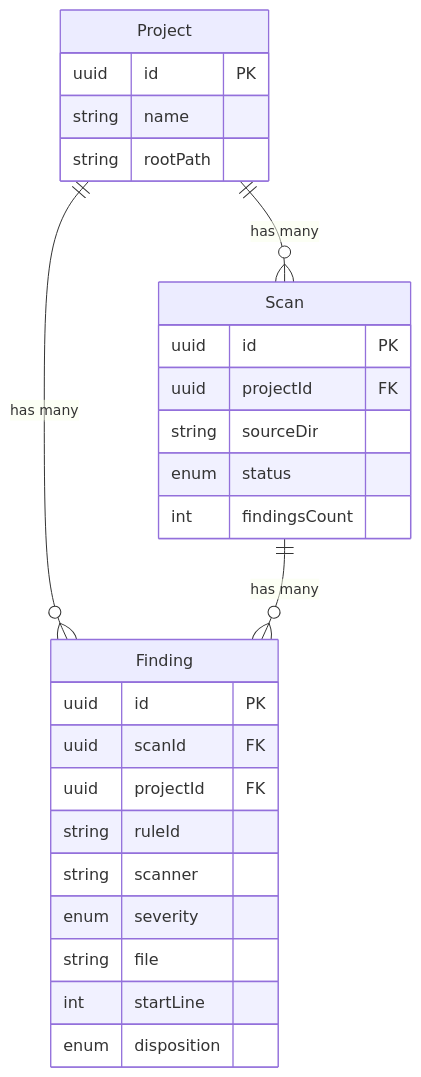
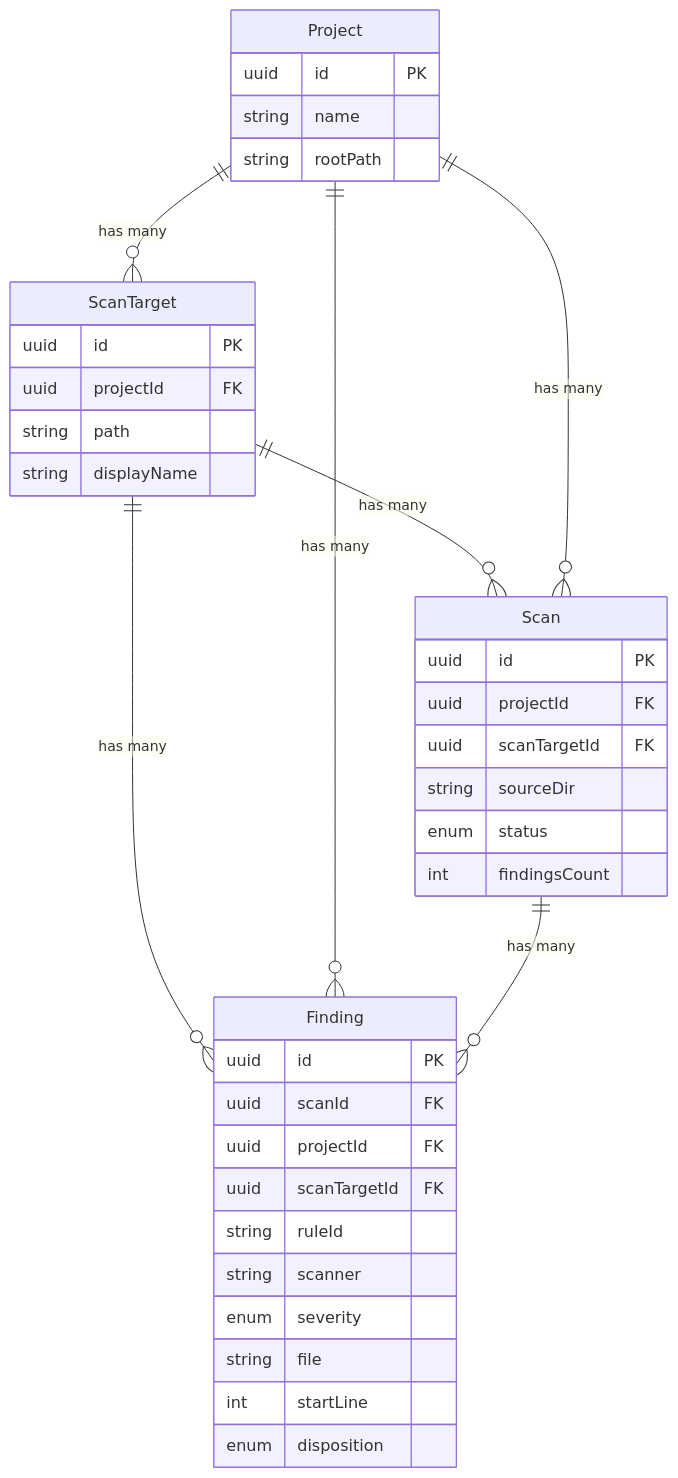
The first of 9 diagrams in workbench/docs/docs/developer-docs/architecture/software-design-specification/functional-design.md (vawsgit/automated-security-helper), drawn with Mermaid before and after one commit. The commit also changed other lines of this file and 17 other files, not shown here.

````diff
--- a/workbench/docs/docs/developer-docs/architecture/software-design-specification/functional-design.md
+++ b/workbench/docs/docs/developer-docs/architecture/software-design-specification/functional-design.md
@@ -161,32 +176,44 @@
 ```mermaid
 erDiagram
+    Project ||--o{ ScanTarget : "has many"
+    ScanTarget ||--o{ Scan : "has many"
+    ScanTarget ||--o{ Finding : "has many"
     Project ||--o{ Scan : "has many"
     Project ||--o{ Finding : "has many"
     Scan ||--o{ Finding : "has many"
 
     Project {
         uuid id PK
         string name
         string rootPath
     }
 
+    ScanTarget {
+        uuid id PK
+        uuid projectId FK
+        string path
+        string displayName
+    }
+
     Scan {
         uuid id PK
         uuid projectId FK
+        uuid scanTargetId FK
         string sourceDir
         enum status
         int findingsCount
     }
 
     Finding {
         uuid id PK
         uuid scanId FK
         uuid projectId FK
+        uuid scanTargetId FK
         string ruleId
         string scanner
         enum severity
         string file
         int startLine
         enum disposition
     }
 ```
````
